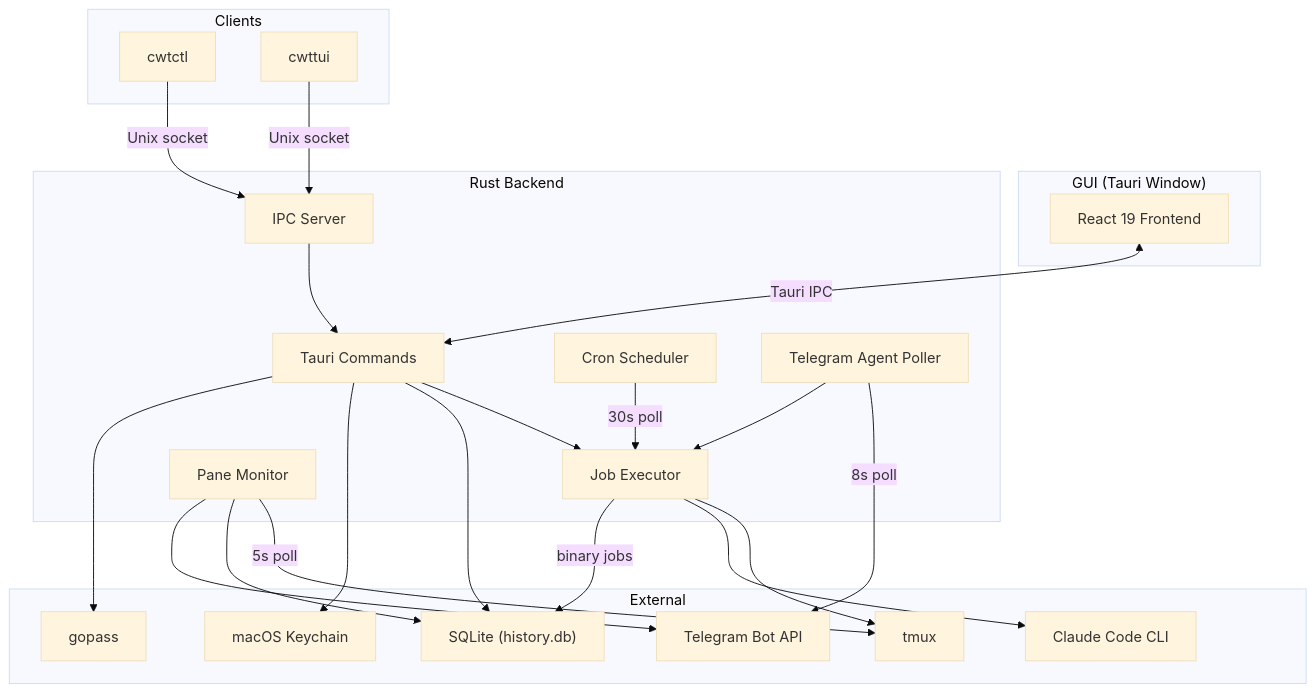
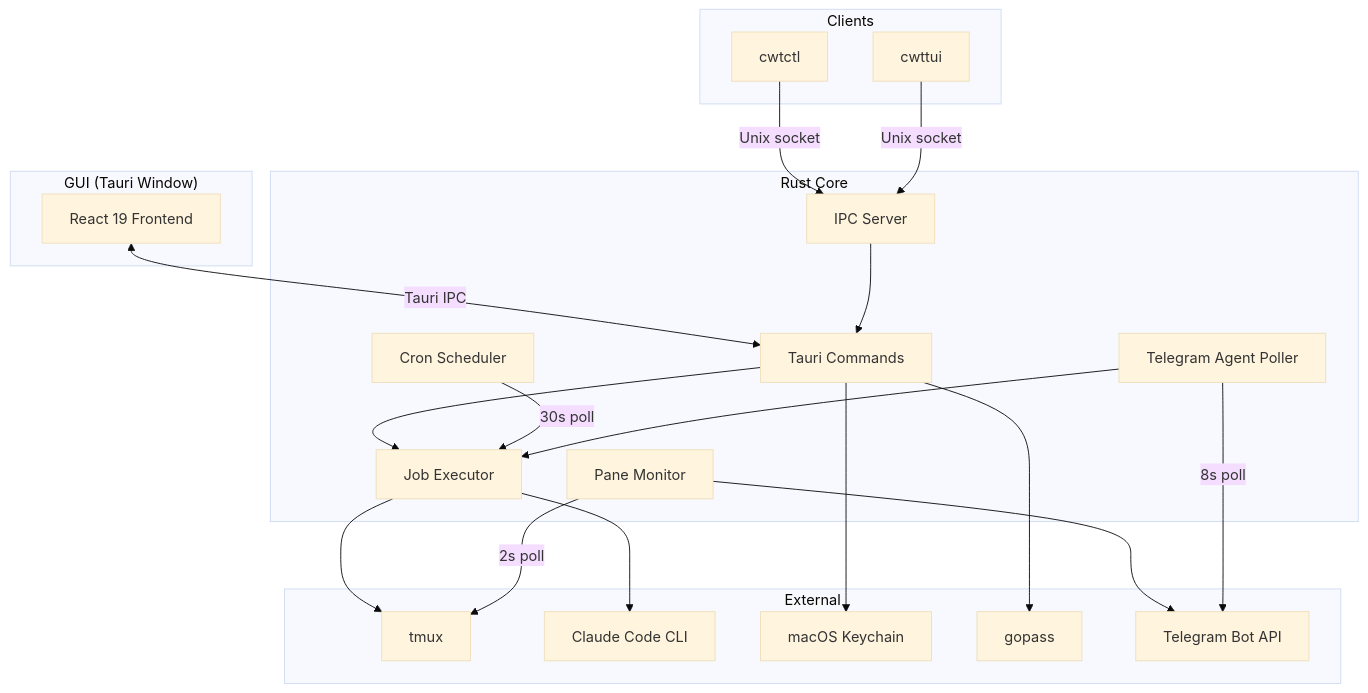
One commit to tonisives/clawtab changed the first of 2 diagrams in docs/architecture.md. Above: the diagram before and after it, drawn with Mermaid (base theme). The commit also changed other lines of this file and 11 other files, not shown here.

````diff
--- a/docs/architecture.md
+++ b/docs/architecture.md
@@ -5,47 +5,43 @@
 ```mermaid
 graph TB
     subgraph GUI["GUI (Tauri Window)"]
         React["React 19 Frontend"]
     end
 
-    subgraph Backend["Rust Backend"]
+    subgraph Core["Rust Core"]
         Commands["Tauri Commands"]
         Scheduler["Cron Scheduler"]
         Executor["Job Executor"]
         Monitor["Pane Monitor"]
         IpcServer["IPC Server"]
         TgPoller["Telegram Agent Poller"]
     end
 
     subgraph External["External"]
         Tmux["tmux"]
         Claude["Claude Code CLI"]
         Keychain["macOS Keychain"]
         Gopass["gopass"]
         TgAPI["Telegram Bot API"]
-        SQLite["SQLite (history.db)"]
     end
 
     subgraph Clients["Clients"]
         CLI["cwtctl"]
         TUI["cwttui"]
     end
 
     React <-->|Tauri IPC| Commands
     Commands --> Executor
     Scheduler -->|30s poll| Executor
     Executor --> Tmux
     Executor --> Claude
-    Executor -->|binary jobs| SQLite
-    Monitor -->|5s poll| Tmux
-    Monitor --> SQLite
+    Monitor -->|2s poll| Tmux
     Monitor --> TgAPI
-    Commands --> SQLite
     Commands --> Keychain
     Commands --> Gopass
     TgPoller -->|8s poll| TgAPI
     TgPoller --> Executor
     CLI -->|Unix socket| IpcServer
     TUI -->|Unix socket| IpcServer
     IpcServer --> Commands
 ```
````
